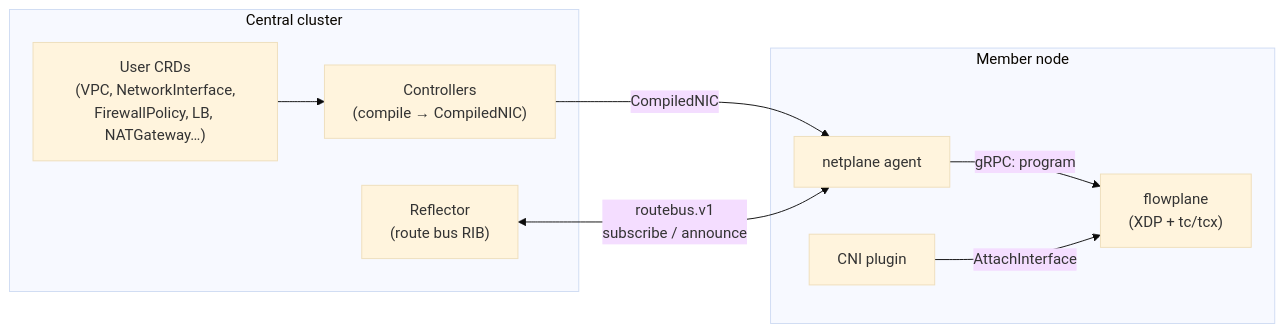
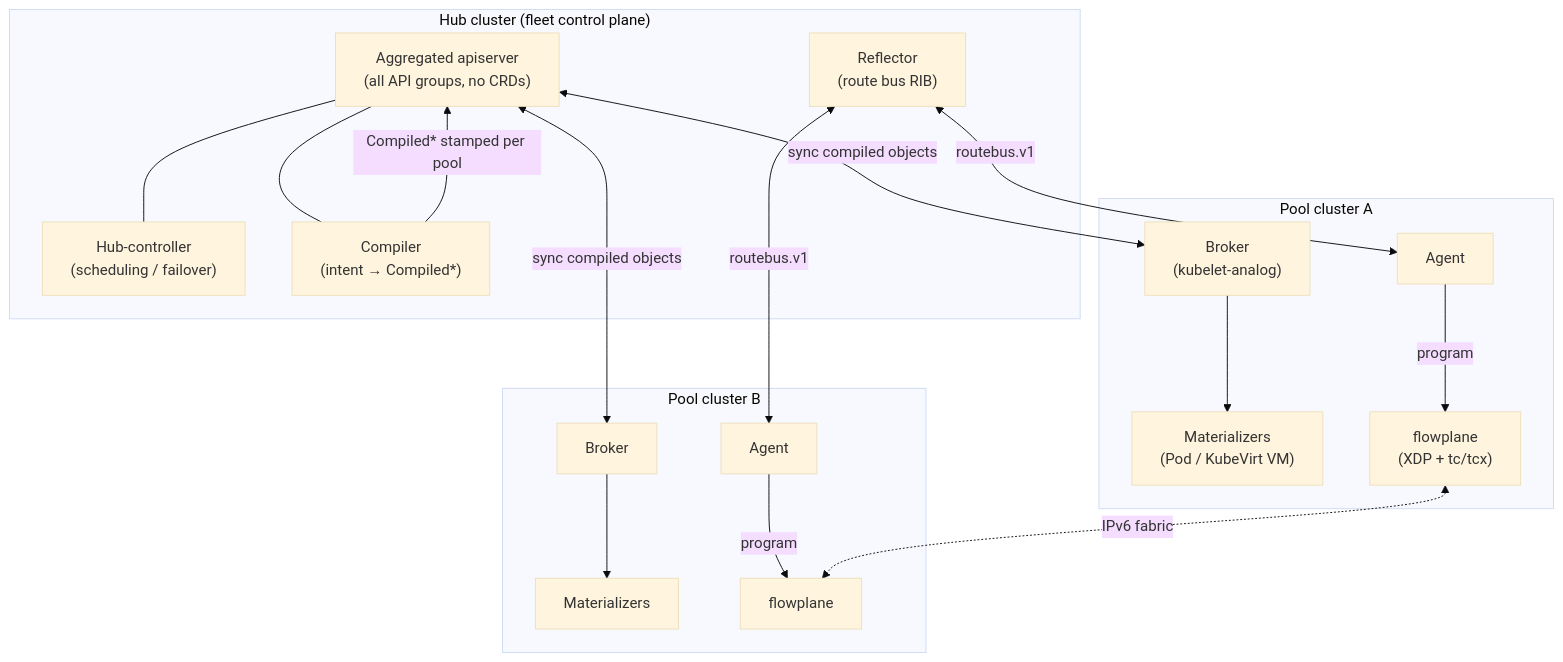
The diagram in docs/index.md (trevex/ectobase), drawn with Mermaid (base theme) before and after one commit. The commit also changed other lines of this file and 21 other files, not shown here.

Commit message:
docs(content): concepts, multi-cluster, pipeline, CNI/KubeVirt/CSI, rescheduling, DPDK, guides, reference

````diff
--- a/docs/index.md
+++ b/docs/index.md
@@ -24,18 +20,36 @@
 ```mermaid
-flowchart LR
-    subgraph central["Central cluster"]
-        crds["User CRDs<br/>(VPC, NetworkInterface,<br/>FirewallPolicy, LB, NATGateway…)"]
-        ctrl["Controllers<br/>(compile → CompiledNIC)"]
+flowchart TB
+    subgraph hub["Hub cluster (fleet control plane)"]
+        api["Aggregated apiserver<br/>(all API groups, no CRDs)"]
+        hubctl["Hub-controller<br/>(scheduling / failover)"]
+        compiler["Compiler<br/>(intent → Compiled*)"]
         refl["Reflector<br/>(route bus RIB)"]
-        crds --> ctrl
+        api --- compiler
+        api --- hubctl
     end
-    subgraph node["Member node"]
-        agent["netplane agent"]
-        dp["flowplane<br/>(XDP + tc/tcx)"]
-        cni["CNI plugin"]
-        agent -->|gRPC: program| dp
-        cni -->|AttachInterface| dp
+
+    subgraph poolA["Pool cluster A"]
+        brokerA["Broker<br/>(kubelet-analog)"]
+        matA["Materializers<br/>(Pod / KubeVirt VM)"]
+        agentA["Agent"]
+        dpA["flowplane<br/>(XDP + tc/tcx)"]
+        brokerA --> matA
+        agentA -->|program| dpA
     end
-    ctrl -->|CompiledNIC| agent
-    refl <-->|routebus.v1<br/>subscribe / announce| agent
+
+    subgraph poolB["Pool cluster B"]
+        brokerB["Broker"]
+        matB["Materializers"]
+        agentB["Agent"]
+        dpB["flowplane"]
+        brokerB --> matB
+        agentB -->|program| dpB
+    end
+
+    compiler -->|Compiled* stamped per pool| api
+    api <-->|sync compiled objects| brokerA
+    api <-->|sync compiled objects| brokerB
+    refl <-->|routebus.v1| agentA
+    refl <-->|routebus.v1| agentB
+    dpA <-. IPv6 fabric .-> dpB
 ```
````
